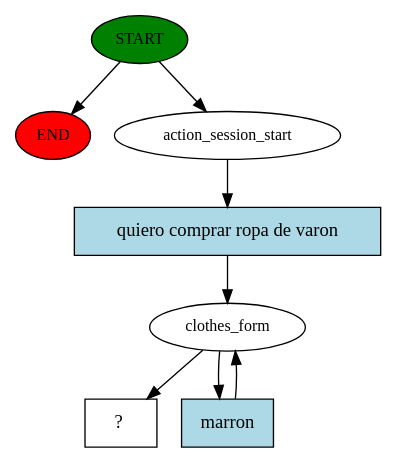
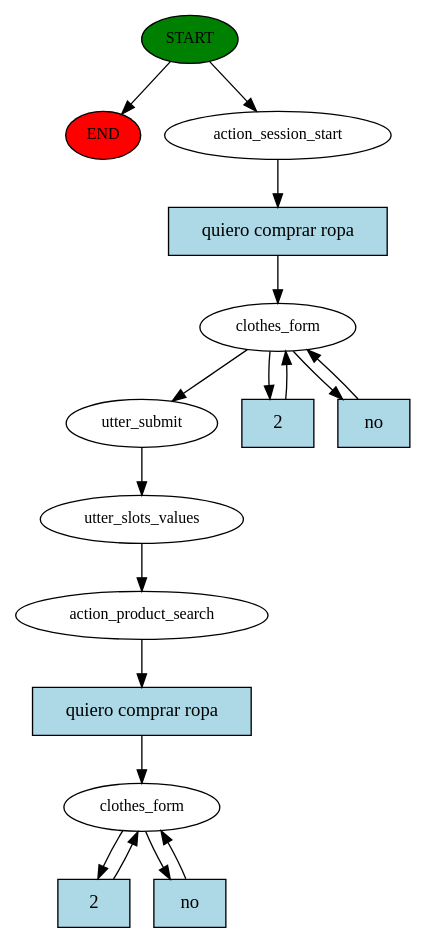
Before and after one commit to kabirivan/ChatBot-Clothes: the diagram in chatbot/story_graph.dot, drawn with Graphviz. The commit also changed 5 other files, not shown here.

```diff
--- a/chatbot/story_graph.dot
+++ b/chatbot/story_graph.dot
@@ -1,16 +1,33 @@
 digraph  {
 0 [class="start active", fillcolor=green, fontsize=12, label=START, style=filled];
 "-1" [class=end, fillcolor=red, fontsize=12, label=END, style=filled];
 1 [class=active, fontsize=12, label=action_session_start];
 2 [class=active, fontsize=12, label=clothes_form];
-7 [class="intent dashed active", label="  ?  ", shape=rect];
-8 [class="intent active", fillcolor=lightblue, label="quiero comprar ropa de varon", shape=rect, style=filled];
-9 [class="intent active", fillcolor=lightblue, label=marron, shape=rect, style=filled];
+9 [class=active, fontsize=12, label=utter_submit];
+10 [class=active, fontsize=12, label=utter_slots_values];
+11 [class=active, fontsize=12, label=action_product_search];
+12 [class="active dashed", fontsize=12, label=clothes_form];
+19 [class="intent active", fillcolor=lightblue, label="quiero comprar ropa", shape=rect, style=filled];
+20 [class="intent active", fillcolor=lightblue, label=2, shape=rect, style=filled];
+21 [class="intent active", fillcolor=lightblue, label=no, shape=rect, style=filled];
+22 [class="intent active", fillcolor=lightblue, label="quiero comprar ropa", shape=rect, style=filled];
+23 [class="intent active", fillcolor=lightblue, label=2, shape=rect, style=filled];
+24 [class="intent active", fillcolor=lightblue, label=no, shape=rect, style=filled];
 0 -> "-1"  [class="", key=NONE, label=""];
 0 -> 1  [class=active, key=NONE, label=""];
-1 -> 8  [class=active, key=0];
-2 -> 7  [class=active, key=NONE, label=""];
-2 -> 9  [class=active, key=0];
-8 -> 2  [class=active, key=0];
-9 -> 2  [class=active, key=0];
+1 -> 19  [class=active, key=0];
+2 -> 9  [class=active, key=NONE, label=""];
+2 -> 20  [class=active, key=0];
+2 -> 21  [class=active, key=0];
+9 -> 10  [class=active, key=NONE, label=""];
+10 -> 11  [class=active, key=NONE, label=""];
+11 -> 22  [class=active, key=0];
+12 -> 23  [class=active, key=0];
+12 -> 24  [class=active, key=0];
+19 -> 2  [class=active, key=0];
+20 -> 2  [class=active, key=0];
+21 -> 2  [class=active, key=0];
+22 -> 12  [class=active, key=0];
+23 -> 12  [class=active, key=0];
+24 -> 12  [class=active, key=0];
 }
```
